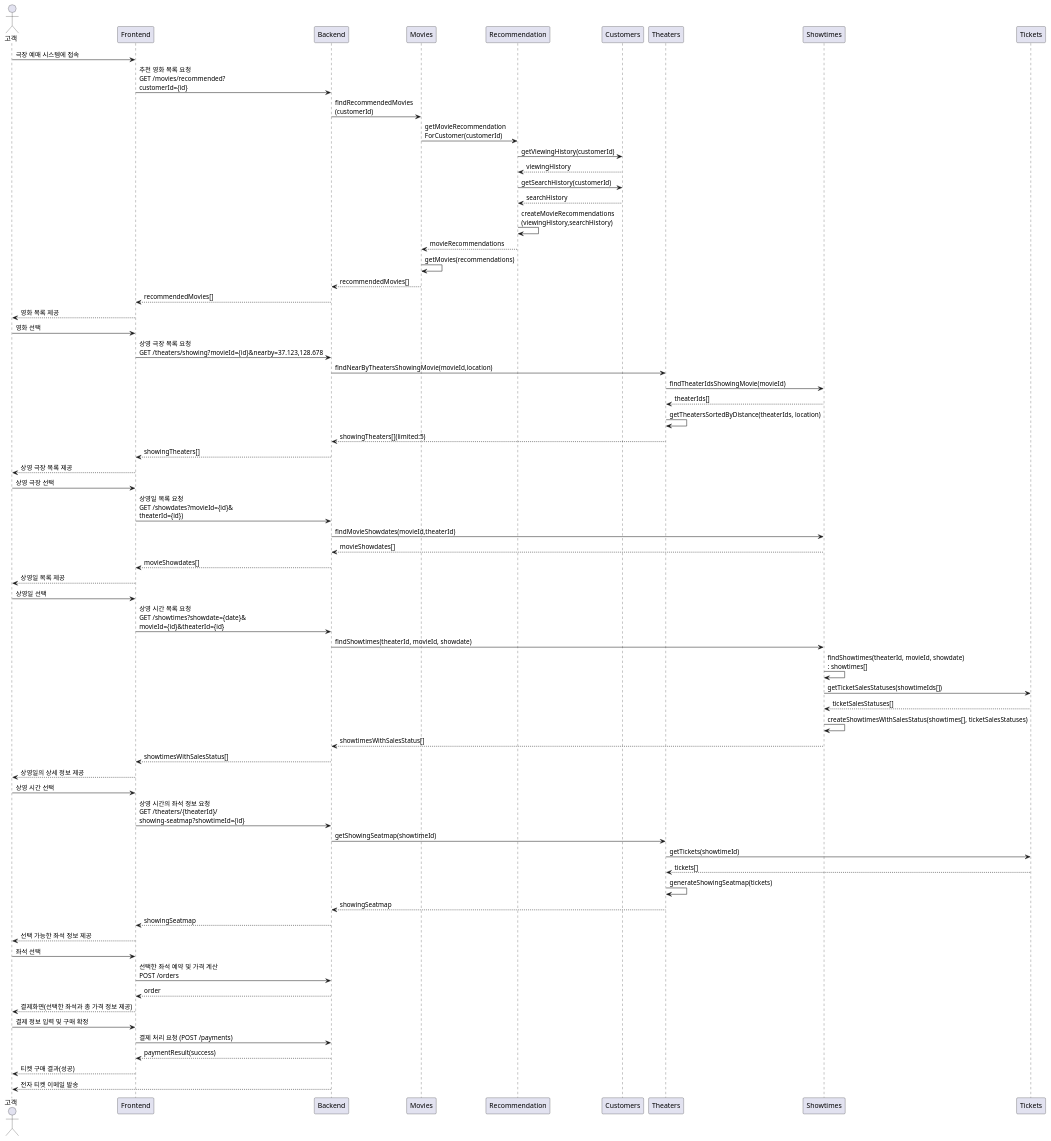
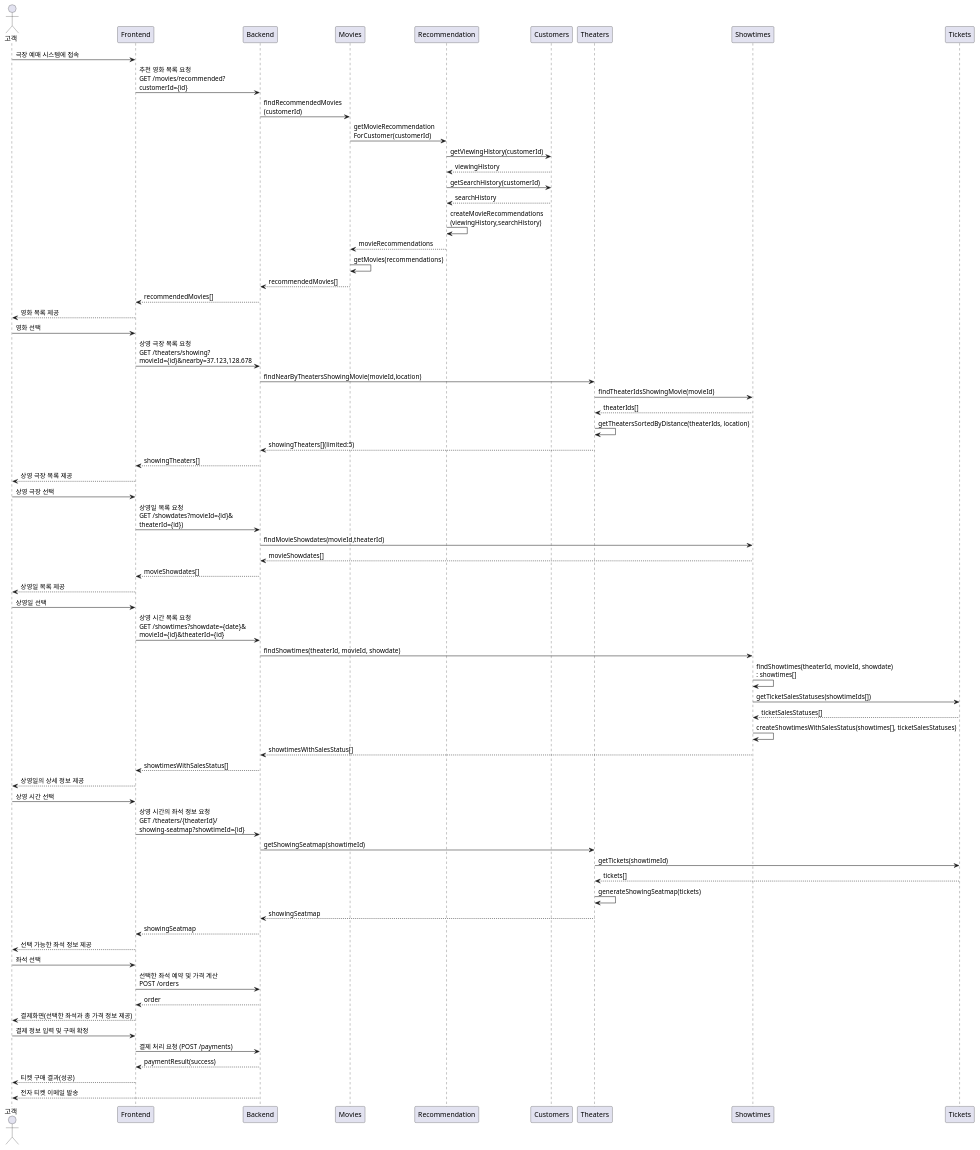
One commit to mannercode/backend-fundamentals changed the diagram in docs/buy-tickets.md. Above: the diagram before and after it, drawn with PlantUML.

Commit message:
상영 극장 목록 요청 API 수정

````diff
--- a/docs/buy-tickets.md
+++ b/docs/buy-tickets.md
@@ -57,72 +57,72 @@
 ```plantuml
 @startuml
 actor 고객 as customer
 participant "Frontend" as front
 participant "Backend" as back
 participant "Movies" as movies
 participant "Recommendation" as recommend
 participant "Customers" as customsvc
 participant "Theaters" as theaters
 participant "Showtimes" as showtimes
 participant "Tickets" as tickets
 
 customer -> front : 극장 예매 시스템에 접속
 front -> back : 추천 영화 목록 요청\nGET /movies/recommended?\ncustomerId={id}
 back -> movies : findRecommendedMovies\n(customerId)
 movies -> recommend : getMovieRecommendation\nForCustomer(customerId)
 recommend -> customsvc : getViewingHistory(customerId)
 recommend <-- customsvc : viewingHistory
 recommend -> customsvc : getSearchHistory(customerId)
 recommend <-- customsvc : searchHistory
 recommend -> recommend : createMovieRecommendations\n(viewingHistory,searchHistory)
 movies <-- recommend : movieRecommendations
 movies -> movies : getMovies(recommendations)
 back <-- movies : recommendedMovies[]
 front <-- back : recommendedMovies[]
 customer <-- front : 영화 목록 제공
 customer -> front : 영화 선택
-front -> back : 상영 극장 목록 요청\nGET /theaters/showing?movieId={id}&nearby=37.123,128.678
+front -> back : 상영 극장 목록 요청\nGET /theaters/showing?\nmovieId={id}&nearby=37.123,128.678
 back -> theaters: findNearByTheatersShowingMovie(movieId,location)
 theaters -> showtimes: findTheaterIdsShowingMovie(movieId)
 theaters <-- showtimes: theaterIds[]
 theaters -> theaters: getTheatersSortedByDistance(theaterIds, location)
 back <-- theaters: showingTheaters[](limited:5)
 front <-- back : showingTheaters[]
 customer <-- front : 상영 극장 목록 제공
 customer -> front : 상영 극장 선택
 front -> back : 상영일 목록 요청\nGET /showdates?movieId={id}&\ntheaterId={id})
 back -> showtimes: findMovieShowdates(movieId,theaterId)
 back <-- showtimes: movieShowdates[]
 front <-- back : movieShowdates[]
 customer <-- front : 상영일 목록 제공
 customer -> front : 상영일 선택
 front -> back : 상영 시간 목록 요청\nGET /showtimes?showdate={date}&\nmovieId={id}&theaterId={id}
 back -> showtimes: findShowtimes(theaterId, movieId, showdate)
 showtimes -> showtimes: findShowtimes(theaterId, movieId, showdate)\n: showtimes[]
 showtimes -> tickets: getTicketSalesStatuses(showtimeIds[])
 showtimes <-- tickets: ticketSalesStatuses[]
 showtimes -> showtimes: createShowtimesWithSalesStatus(showtimes[], ticketSalesStatuses)
 back <-- showtimes: showtimesWithSalesStatus[]
 front <-- back : showtimesWithSalesStatus[]
 customer <-- front : 상영일의 상세 정보 제공
 customer -> front : 상영 시간 선택
 front -> back : 상영 시간의 좌석 정보 요청\nGET /theaters/{theaterId}/\nshowing-seatmap?showtimeId={id}
 back -> theaters : getShowingSeatmap(showtimeId)
 theaters -> tickets : getTickets(showtimeId)
 theaters <-- tickets : tickets[]
 theaters -> theaters : generateShowingSeatmap(tickets)
 back <-- theaters: showingSeatmap
 front <-- back : showingSeatmap
 customer <-- front : 선택 가능한 좌석 정보 제공
 customer -> front : 좌석 선택
 front -> back : 선택한 좌석 예약 및 가격 계산\nPOST /orders
 front <-- back : order
 customer <-- front : 결제화면(선택한 좌석과 총 가격 정보 제공)
 customer -> front : 결제 정보 입력 및 구매 확정
 front -> back : 결제 처리 요청 (POST /payments)
 front <-- back : paymentResult(success)
 customer <-- front : 티켓 구매 결과(성공)
 customer <-- back : 전자 티켓 이메일 발송
 @enduml
 
 ```
````
